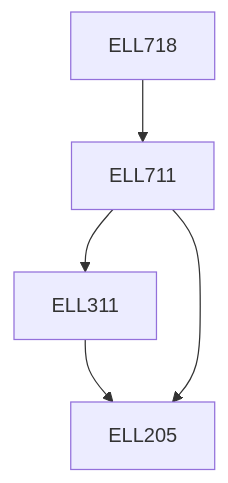
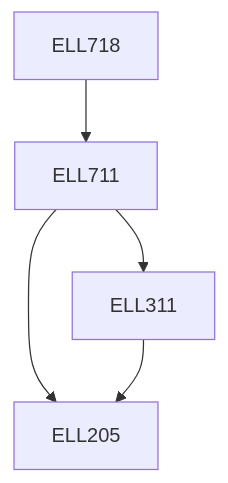
One commit to KeshavBansal0122/CoS_Website changed the diagram in content/Electrical Engineering/ELL718.md. Above: the diagram before and after it, drawn with Mermaid. The commit also changed other lines of this file and 392 other files, not shown here.

````diff
--- a/content/Electrical Engineering/ELL718.md
+++ b/content/Electrical Engineering/ELL718.md
@@ -13,11 +13,11 @@
 ```mermaid
 flowchart TD
 ELL718-349[ELL718]
+ELL711-349 --> ELL205-349[ELL205]
+ELL718-349 --> ELL711-349[ELL711]
+ELL711-349 --> ELL311-349[ELL311]
 ELL311-349 --> ELL205-349[ELL205]
-ELL711-349 --> ELL311-349[ELL311]
-ELL718-349 --> ELL711-349[ELL711]
-ELL711-349 --> ELL205-349[ELL205]
 
 classDef empty height:17px, fill:transparent, stroke:transparent;
 classDef trueEmpty height:0px, width:0px;
 ```
````
